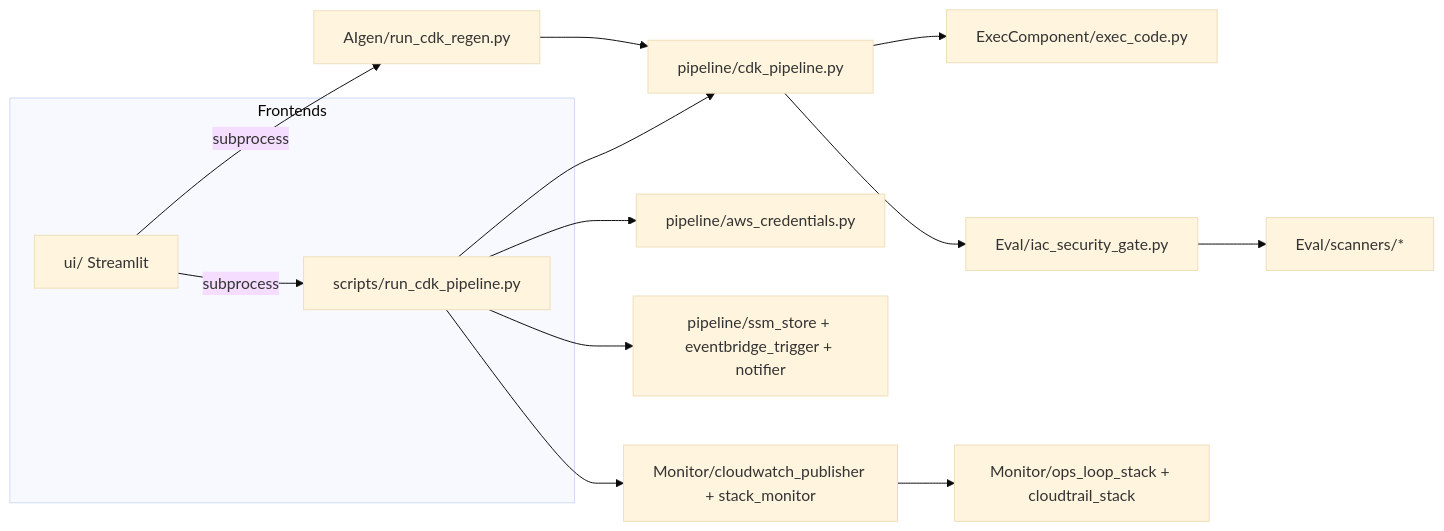
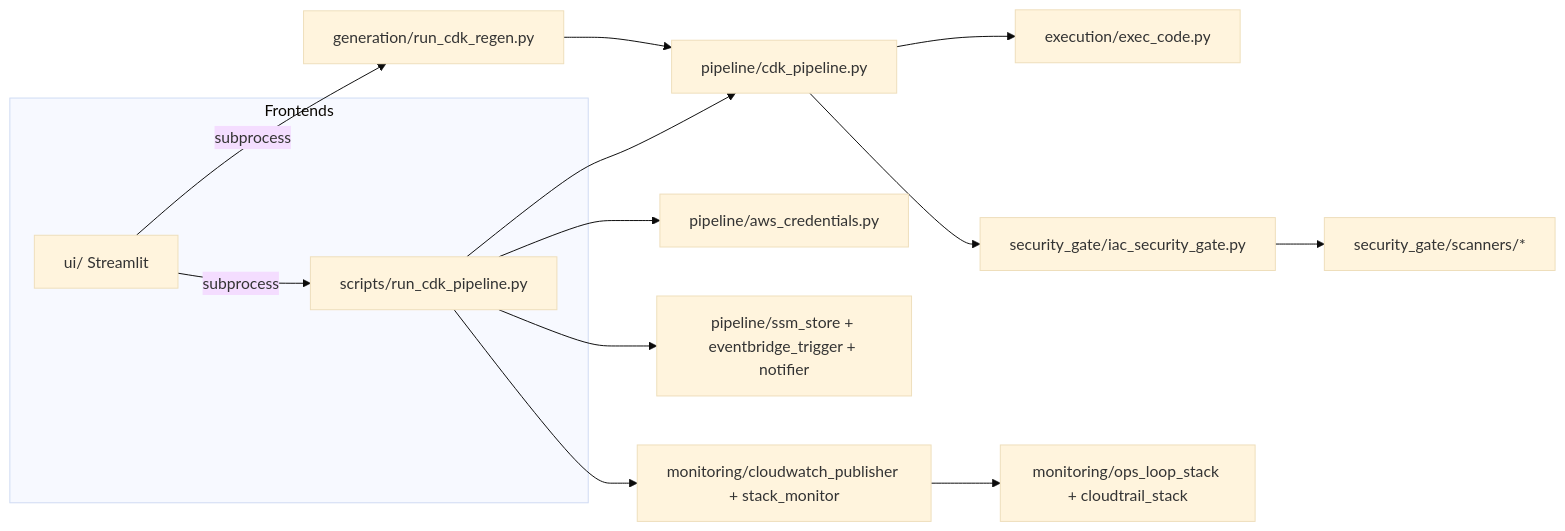
Before and after one commit to JAWilliam1599/Thesis: the second of 4 diagrams in THESIS_REPORT.md, drawn with Mermaid (base theme). The commit also changed other lines of this file and 182 other files, not shown here.

````diff
--- a/THESIS_REPORT.md
+++ b/THESIS_REPORT.md
@@ -188,18 +188,18 @@
 ```mermaid
 flowchart LR
     subgraph Frontends
         CLI[scripts/run_cdk_pipeline.py]
         GUI[ui/ Streamlit]
     end
     CLI --> PIPE[pipeline/cdk_pipeline.py]
     GUI -->|subprocess| CLI
-    GUI -->|subprocess| REGEN[AIgen/run_cdk_regen.py]
+    GUI -->|subprocess| REGEN[generation/run_cdk_regen.py]
     REGEN --> PIPE
-    PIPE --> EXEC[ExecComponent/exec_code.py]
-    PIPE --> EVAL[Eval/iac_security_gate.py]
-    EVAL --> SC[Eval/scanners/*]
+    PIPE --> EXEC[execution/exec_code.py]
+    PIPE --> EVAL[security_gate/iac_security_gate.py]
+    EVAL --> SC[security_gate/scanners/*]
     CLI --> CRED[pipeline/aws_credentials.py]
     CLI --> OBS[pipeline/ssm_store + eventbridge_trigger + notifier]
-    CLI --> MON[Monitor/cloudwatch_publisher + stack_monitor]
-    MON --> STK[Monitor/ops_loop_stack + cloudtrail_stack]
+    CLI --> MON[monitoring/cloudwatch_publisher + stack_monitor]
+    MON --> STK[monitoring/ops_loop_stack + cloudtrail_stack]
 ```
````
